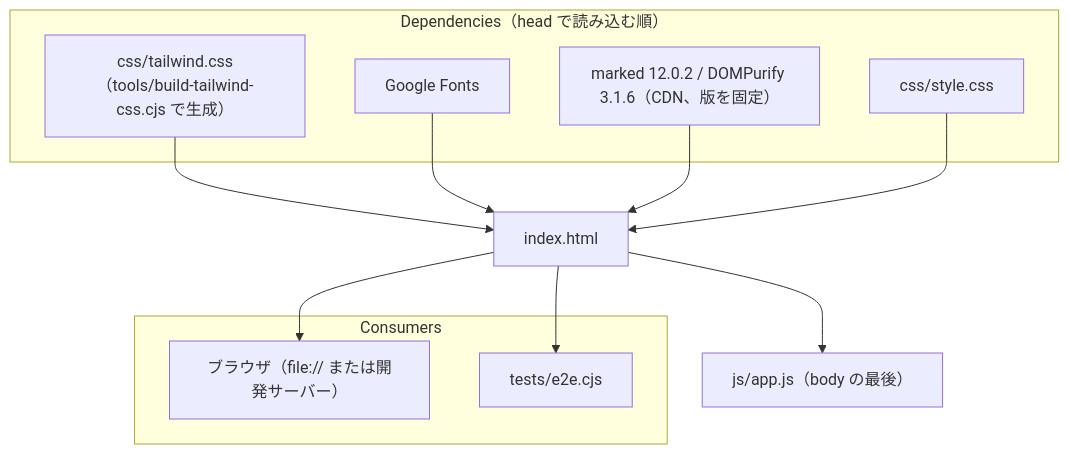
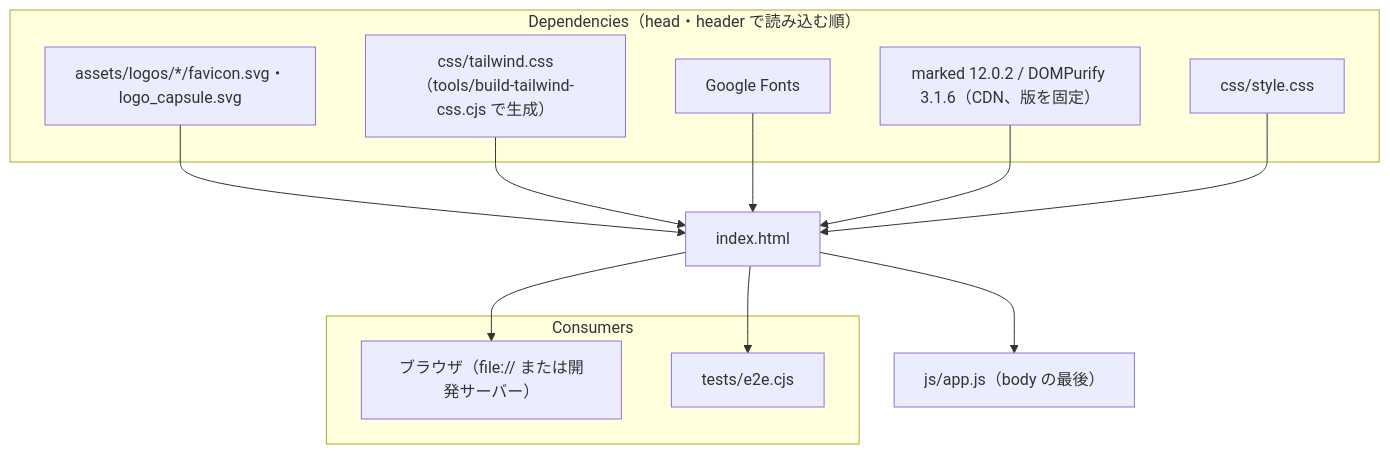
The diagram in doc/3.implementation/index.html.md (prankster-freedom/Lucivo), drawn with Mermaid before and after one commit. The commit also changed other lines of this file and 24 other files, not shown here.

````diff
--- a/doc/3.implementation/index.html.md
+++ b/doc/3.implementation/index.html.md
@@ -13,22 +13,24 @@
 ```mermaid
 flowchart TD
-  subgraph Dependencies["Dependencies（head で読み込む順）"]
+  subgraph Dependencies["Dependencies（head・header で読み込む順）"]
+    fav["assets/logos/*/favicon.svg・logo_capsule.svg"]
     tw["css/tailwind.css（tools/build-tailwind-css.cjs で生成）"]
     fonts["Google Fonts"]
     libs["marked 12.0.2 / DOMPurify 3.1.6（CDN、版を固定）"]
     css["css/style.css"]
   end
   html["index.html"]
+  fav --> html
   tw --> html
   fonts --> html
   libs --> html
   css --> html
   app["js/app.js（body の最後）"]
   html --> app
   subgraph Consumers
     browser["ブラウザ（file:// または開発サーバー）"]
     e2e["tests/e2e.cjs"]
   end
   html --> browser
   html --> e2e
 ```
````
